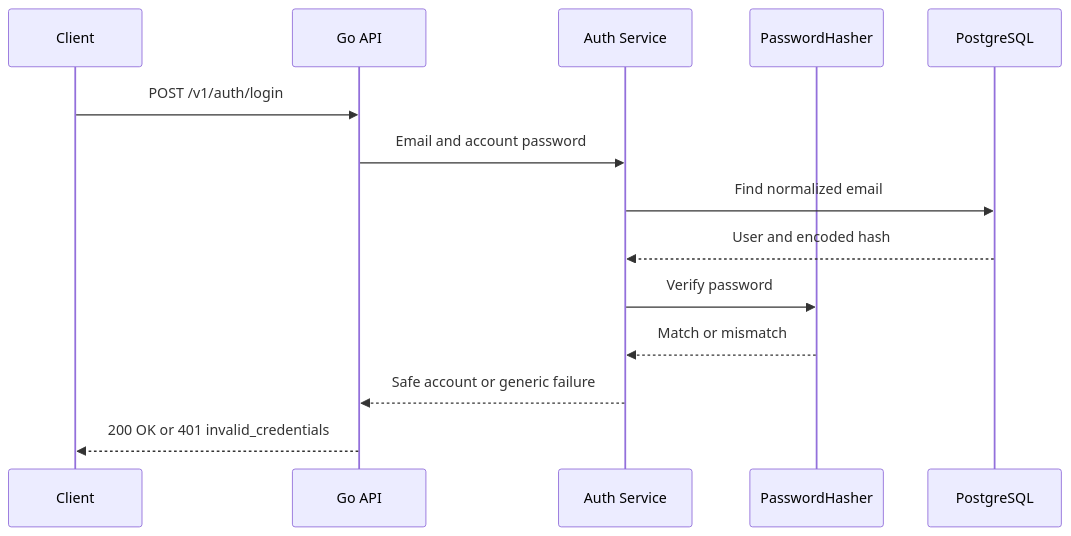
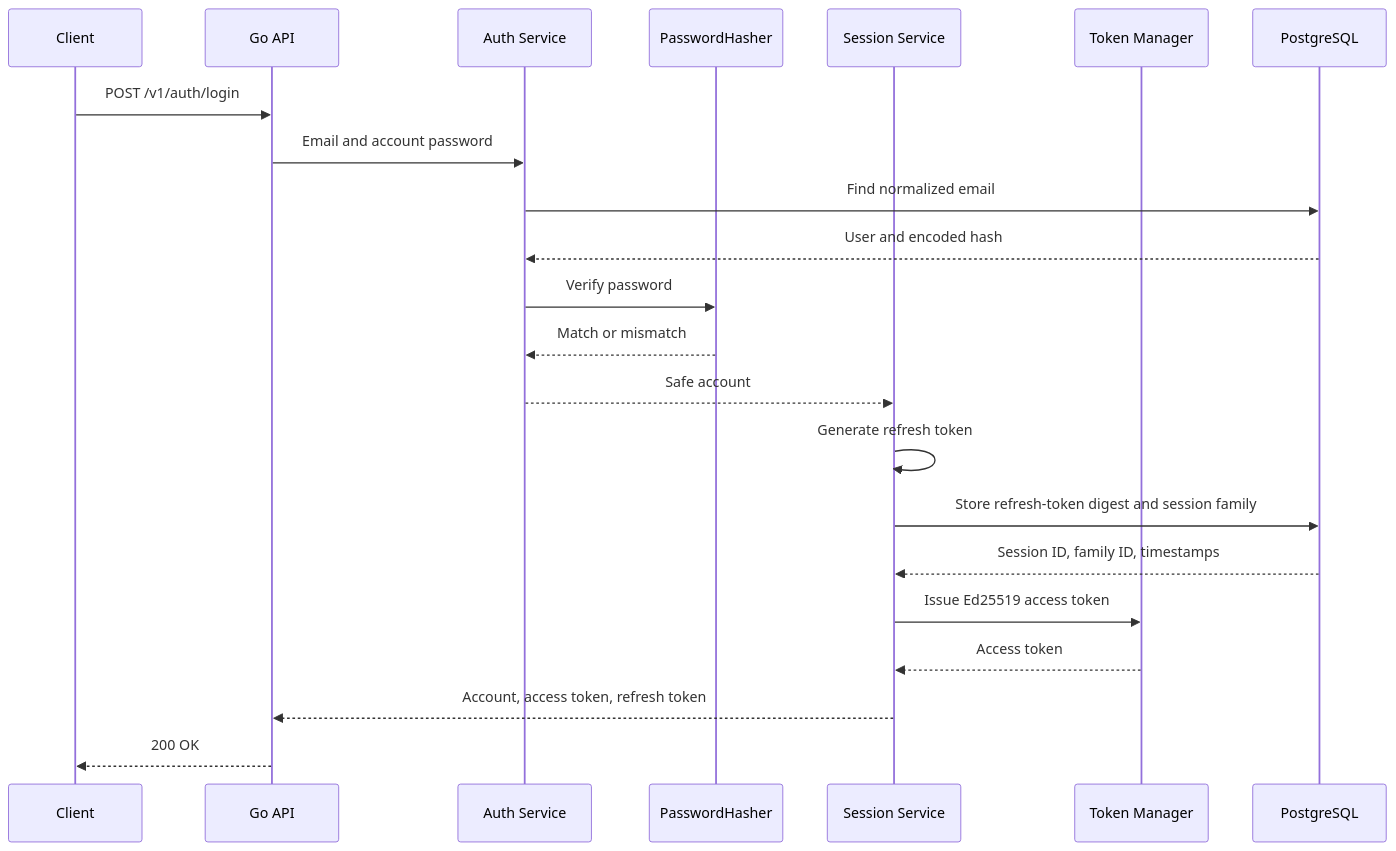
The third of 6 diagrams in docs/architecture.md (martinrgarciap/vaultforge), drawn with Mermaid before and after one commit. The commit also changed other lines of this file and 22 other files, not shown here.

````diff
--- a/docs/architecture.md
+++ b/docs/architecture.md
@@ -119,17 +190,25 @@
 ```mermaid
 sequenceDiagram
     participant C as Client
     participant A as Go API
-    participant S as Auth Service
+    participant AS as Auth Service
     participant H as PasswordHasher
+    participant SS as Session Service
+    participant T as Token Manager
     participant P as PostgreSQL
 
     C->>A: POST /v1/auth/login
-    A->>S: Email and account password
-    S->>P: Find normalized email
-    P-->>S: User and encoded hash
-    S->>H: Verify password
-    H-->>S: Match or mismatch
-    S-->>A: Safe account or generic failure
-    A-->>C: 200 OK or 401 invalid_credentials
+    A->>AS: Email and account password
+    AS->>P: Find normalized email
+    P-->>AS: User and encoded hash
+    AS->>H: Verify password
+    H-->>AS: Match or mismatch
+    AS-->>SS: Safe account
+    SS->>SS: Generate refresh token
+    SS->>P: Store refresh-token digest and session family
+    P-->>SS: Session ID, family ID, timestamps
+    SS->>T: Issue Ed25519 access token
+    T-->>SS: Access token
+    SS-->>A: Account, access token, refresh token
+    A-->>C: 200 OK
 ```
````
